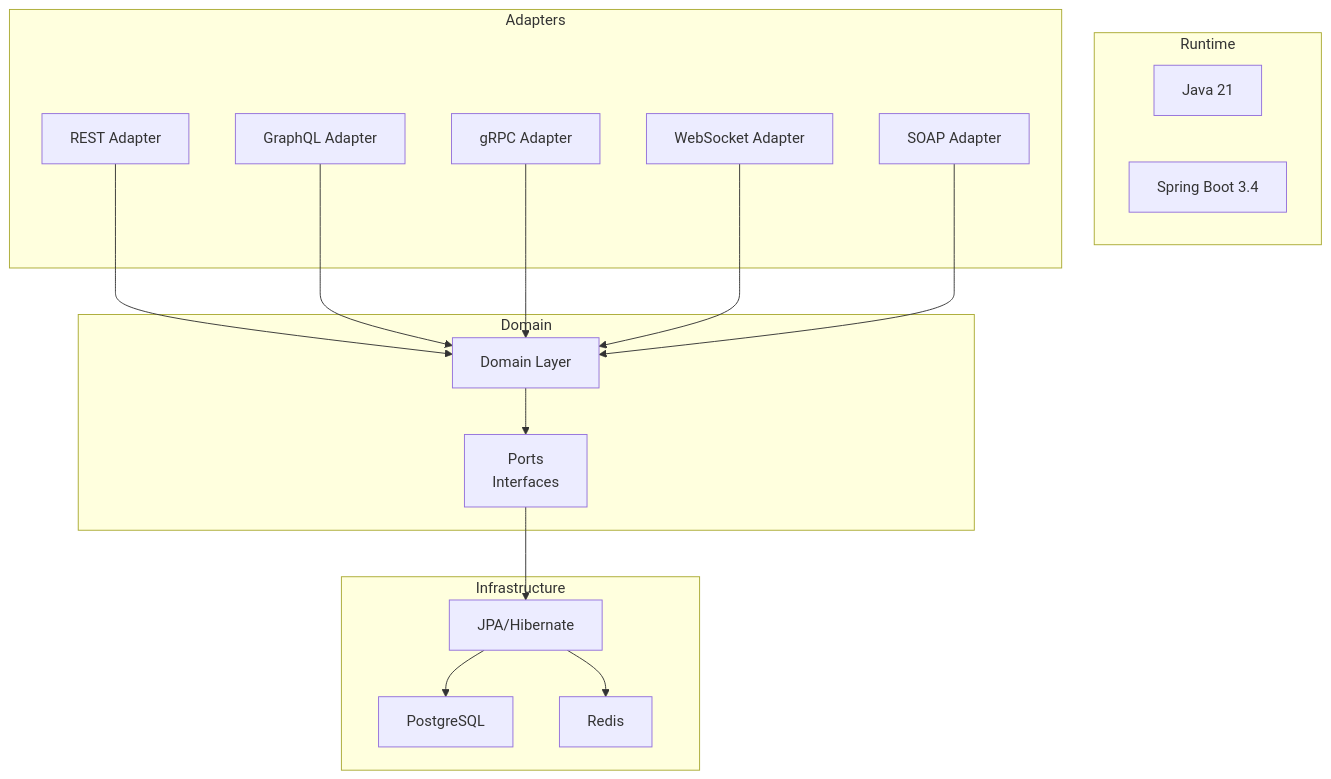
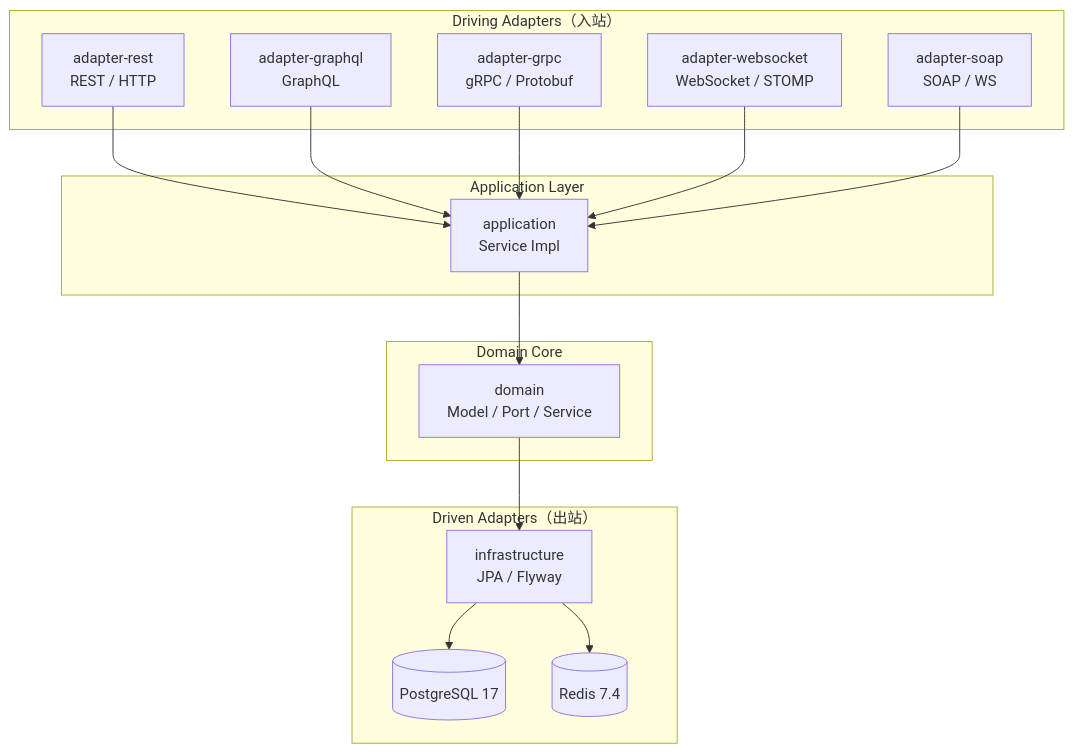
Before and after one commit to ChunPingWang/graphql-tutorial: the first of 5 diagrams in README.md, drawn with Mermaid. The commit also changed other lines of this file, not shown here.

````diff
--- a/README.md
+++ b/README.md
@@ -19,37 +43,35 @@
 ```mermaid
 graph TB
-    subgraph Runtime
-        J[Java 21]
-        SB[Spring Boot 3.4]
+    subgraph "Driving Adapters（入站）"
+        REST["adapter-rest<br/>REST / HTTP"]
+        GQL["adapter-graphql<br/>GraphQL"]
+        GRPC["adapter-grpc<br/>gRPC / Protobuf"]
+        WS["adapter-websocket<br/>WebSocket / STOMP"]
+        SOAP["adapter-soap<br/>SOAP / WS"]
     end
-    
-    subgraph Adapters
-        REST[REST Adapter]
-        GQL[GraphQL Adapter]
-        GRPC[gRPC Adapter]
-        WS[WebSocket Adapter]
-        SOAP[SOAP Adapter]
+
+    subgraph "Application Layer"
+        APP["application<br/>Service Impl"]
     end
-    
-    subgraph Domain
-        D[Domain Layer]
-        P[Ports<br/>Interfaces]
+
+    subgraph "Domain Core"
+        DM["domain<br/>Model / Port / Service"]
     end
-    
-    subgraph Infrastructure
-        JPA[JPA/Hibernate]
-        PG[PostgreSQL]
-        REDIS[Redis]
+
+    subgraph "Driven Adapters（出站）"
+        INFRA["infrastructure<br/>JPA / Flyway"]
+        PG[(PostgreSQL 17)]
+        RD[(Redis 7.4)]
     end
-    
-    REST --> D
-    GQL --> D
-    GRPC --> D
-    WS --> D
-    SOAP --> D
-    
-    D --> P
-    P --> JPA
-    JPA --> PG
-    JPA --> REDIS
+
+    REST --> APP
+    GQL --> APP
+    GRPC --> APP
+    WS --> APP
+    SOAP --> APP
+
+    APP --> DM
+    DM --> INFRA
+    INFRA --> PG
+    INFRA --> RD
 ```
````
